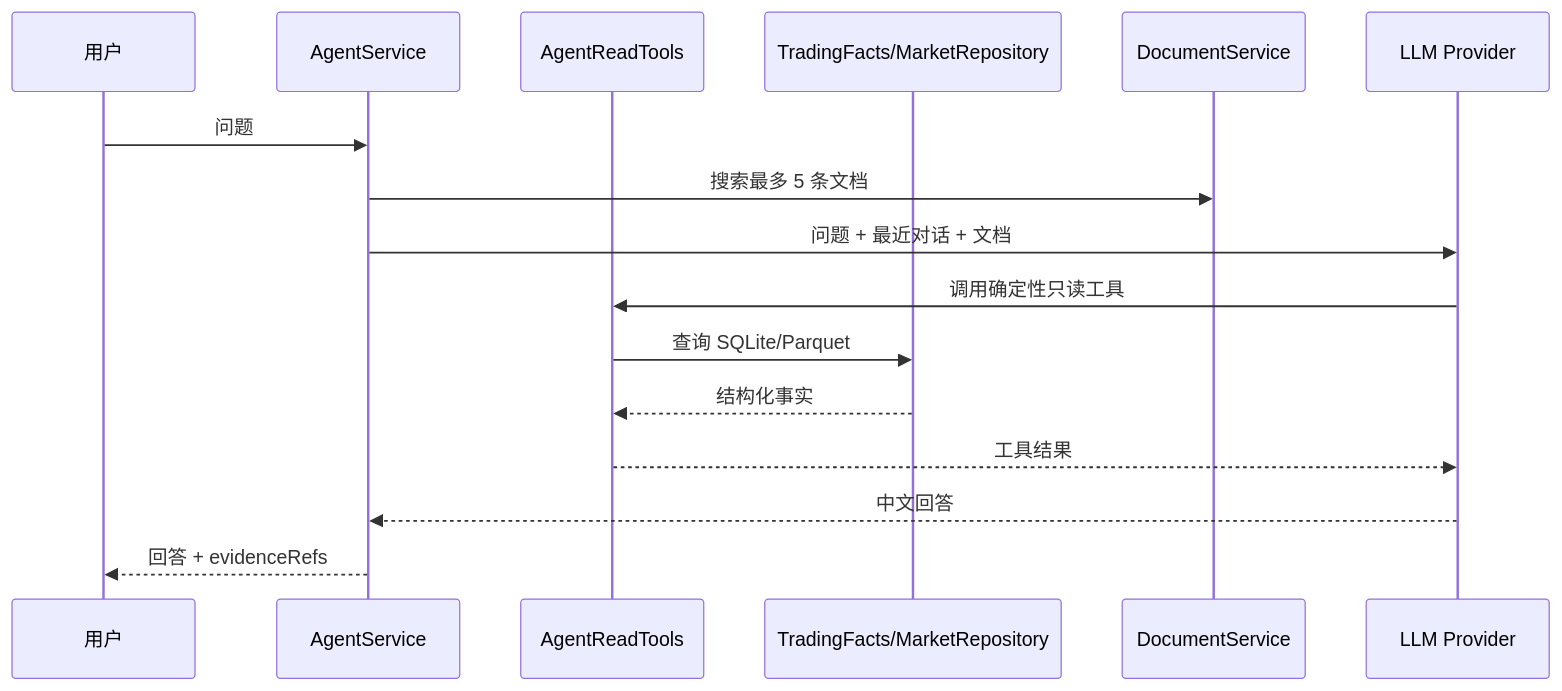
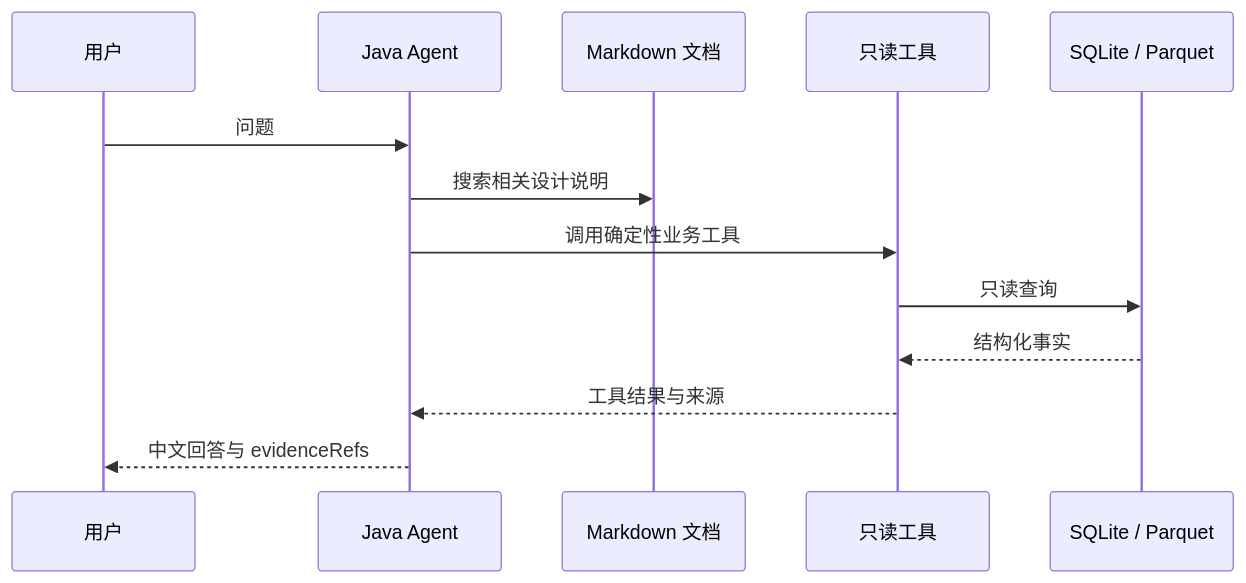
Before and after one commit to mwangli/stock-trading: the diagram in documents/02-business/agent-conversation.md, drawn with Mermaid. The commit also changed other lines of this file and 25 other files, not shown here.

````diff
--- a/documents/02-business/agent-conversation.md
+++ b/documents/02-business/agent-conversation.md
@@ -29,18 +33,15 @@
 ```mermaid
 sequenceDiagram
   participant U as 用户
-  participant A as AgentService
-  participant T as AgentReadTools
-  participant F as TradingFacts/MarketRepository
-  participant D as DocumentService
-  participant L as LLM Provider
+  participant A as Java Agent
+  participant D as Markdown 文档
+  participant T as 只读工具
+  participant F as SQLite / Parquet
   U->>A: 问题
-  A->>D: 搜索最多 5 条文档
-  A->>L: 问题 + 最近对话 + 文档
-  L->>T: 调用确定性只读工具
-  T->>F: 查询 SQLite/Parquet
+  A->>D: 搜索相关设计说明
+  A->>T: 调用确定性业务工具
+  T->>F: 只读查询
   F-->>T: 结构化事实
-  T-->>L: 工具结果
-  L-->>A: 中文回答
-  A-->>U: 回答 + evidenceRefs
+  T-->>A: 工具结果与来源
+  A-->>U: 中文回答与 evidenceRefs
 ```
````
